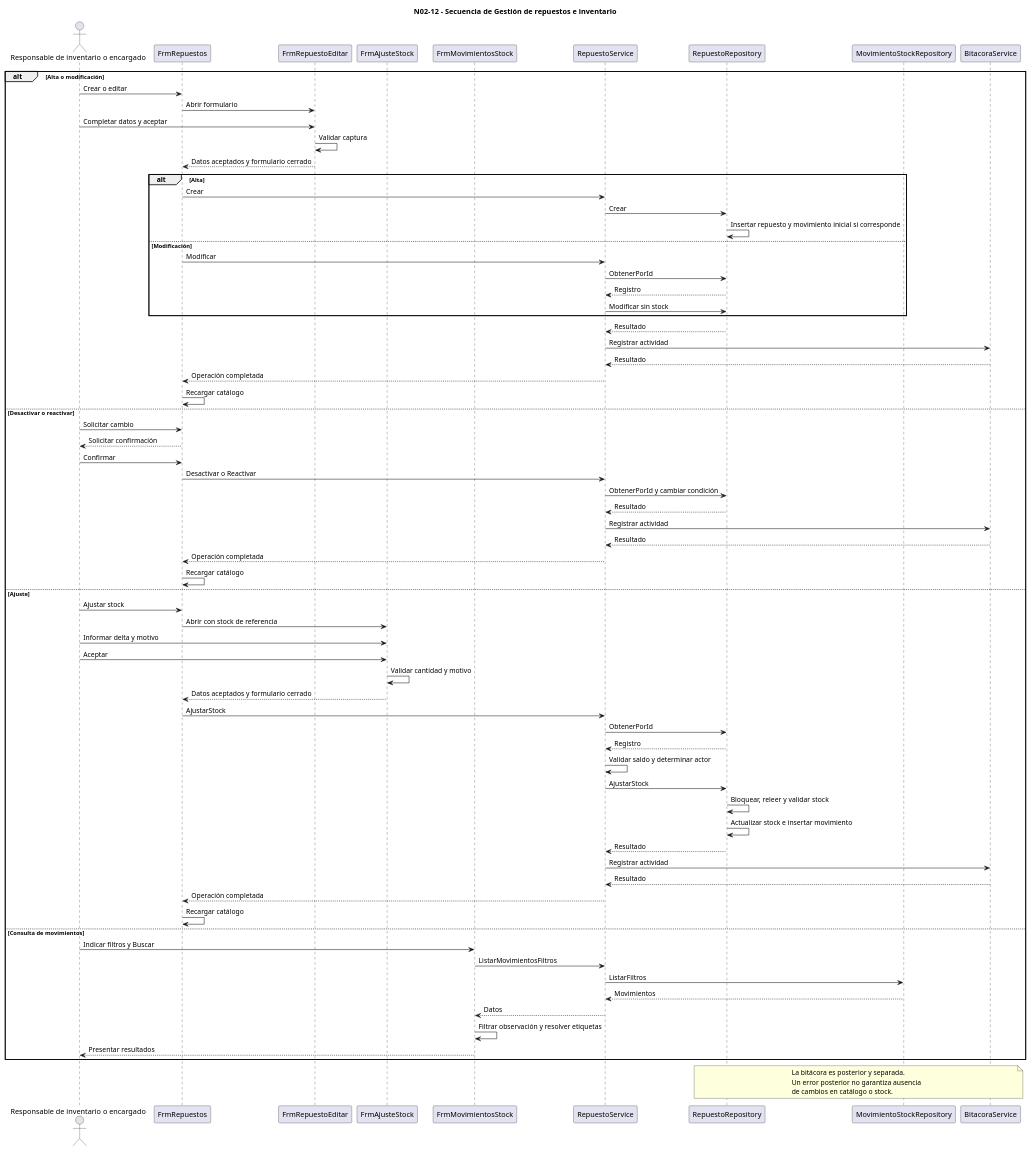
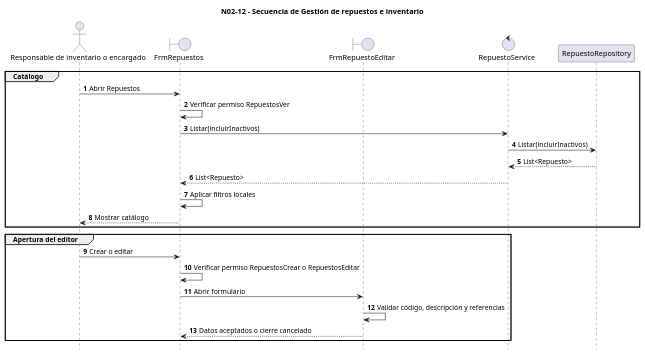
The diagram in diagrams/N/N12-gestionar-repuestos-e-inventario/N02-secuencia.puml (alejoDiDiego/trabajo-diploma-servicio-tecnico), drawn with PlantUML before and after one commit. The commit also changed 156 other files, not shown here.

Commit message:
feat: completar tercera entrega con backups, ayuda y diagramas

```diff
--- a/diagrams/N/N12-gestionar-repuestos-e-inventario/N02-secuencia.puml
+++ b/diagrams/N/N12-gestionar-repuestos-e-inventario/N02-secuencia.puml
@@ -1,86 +1,27 @@
 @startuml
 title N02-12 - Secuencia de Gestión de repuestos e inventario
-
+autonumber
+hide footbox
 actor "Responsable de inventario o encargado" as Operador
-participant FrmRepuestos as Maestro
-participant FrmRepuestoEditar as Editor
-participant FrmAjusteStock as Ajuste
-participant FrmMovimientosStock as Consulta
-participant RepuestoService as Servicio
-participant RepuestoRepository as Repuestos
-participant MovimientoStockRepository as Movimientos
-participant BitacoraService as Auditoria
-
-alt Alta o modificación
+boundary FrmRepuestos as Maestro
+boundary FrmRepuestoEditar as Editor
+control RepuestoService
+participant RepuestoRepository
+group Catálogo
+    Operador -> Maestro : Abrir Repuestos
+    Maestro -> Maestro : Verificar permiso RepuestosVer
+    Maestro -> RepuestoService : Listar(incluirInactivos)
+    RepuestoService -> RepuestoRepository : Listar(incluirInactivos)
+    RepuestoRepository --> RepuestoService : List<Repuesto>
+    RepuestoService --> Maestro : List<Repuesto>
+    Maestro -> Maestro : Aplicar filtros locales
+    Maestro --> Operador : Mostrar catálogo
+end
+group Apertura del editor
     Operador -> Maestro : Crear o editar
+    Maestro -> Maestro : Verificar permiso RepuestosCrear o RepuestosEditar
     Maestro -> Editor : Abrir formulario
-    Operador -> Editor : Completar datos y aceptar
-    Editor -> Editor : Validar captura
-    Editor --> Maestro : Datos aceptados y formulario cerrado
-
-    alt Alta
-        Maestro -> Servicio : Crear
-        Servicio -> Repuestos : Crear
-        Repuestos -> Repuestos : Insertar repuesto y movimiento inicial si corresponde
-    else Modificación
-        Maestro -> Servicio : Modificar
-        Servicio -> Repuestos : ObtenerPorId
-        Repuestos --> Servicio : Registro
-        Servicio -> Repuestos : Modificar sin stock
-    end
-
-    Repuestos --> Servicio : Resultado
-    Servicio -> Auditoria : Registrar actividad
-    Auditoria --> Servicio : Resultado
-    Servicio --> Maestro : Operación completada
-    Maestro -> Maestro : Recargar catálogo
-
-else Desactivar o reactivar
-    Operador -> Maestro : Solicitar cambio
-    Maestro --> Operador : Solicitar confirmación
-    Operador -> Maestro : Confirmar
-    Maestro -> Servicio : Desactivar o Reactivar
-    Servicio -> Repuestos : ObtenerPorId y cambiar condición
-    Repuestos --> Servicio : Resultado
-    Servicio -> Auditoria : Registrar actividad
-    Auditoria --> Servicio : Resultado
-    Servicio --> Maestro : Operación completada
-    Maestro -> Maestro : Recargar catálogo
-
-else Ajuste
-    Operador -> Maestro : Ajustar stock
-    Maestro -> Ajuste : Abrir con stock de referencia
-    Operador -> Ajuste : Informar delta y motivo
-    Operador -> Ajuste : Aceptar
-    Ajuste -> Ajuste : Validar cantidad y motivo
-    Ajuste --> Maestro : Datos aceptados y formulario cerrado
-    Maestro -> Servicio : AjustarStock
-    Servicio -> Repuestos : ObtenerPorId
-    Repuestos --> Servicio : Registro
-    Servicio -> Servicio : Validar saldo y determinar actor
-    Servicio -> Repuestos : AjustarStock
-    Repuestos -> Repuestos : Bloquear, releer y validar stock
-    Repuestos -> Repuestos : Actualizar stock e insertar movimiento
-    Repuestos --> Servicio : Resultado
-    Servicio -> Auditoria : Registrar actividad
-    Auditoria --> Servicio : Resultado
-    Servicio --> Maestro : Operación completada
-    Maestro -> Maestro : Recargar catálogo
-
-else Consulta de movimientos
-    Operador -> Consulta : Indicar filtros y Buscar
-    Consulta -> Servicio : ListarMovimientosFiltros
-    Servicio -> Movimientos : ListarFiltros
-    Movimientos --> Servicio : Movimientos
-    Servicio --> Consulta : Datos
-    Consulta -> Consulta : Filtrar observación y resolver etiquetas
-    Consulta --> Operador : Presentar resultados
+    Editor -> Editor : Validar código, descripción y referencias
+    Editor --> Maestro : Datos aceptados o cierre cancelado
 end
-
-note over Repuestos, Auditoria
-La bitácora es posterior y separada.
-Un error posterior no garantiza ausencia
-de cambios en catálogo o stock.
-end note
-
 @enduml
```
